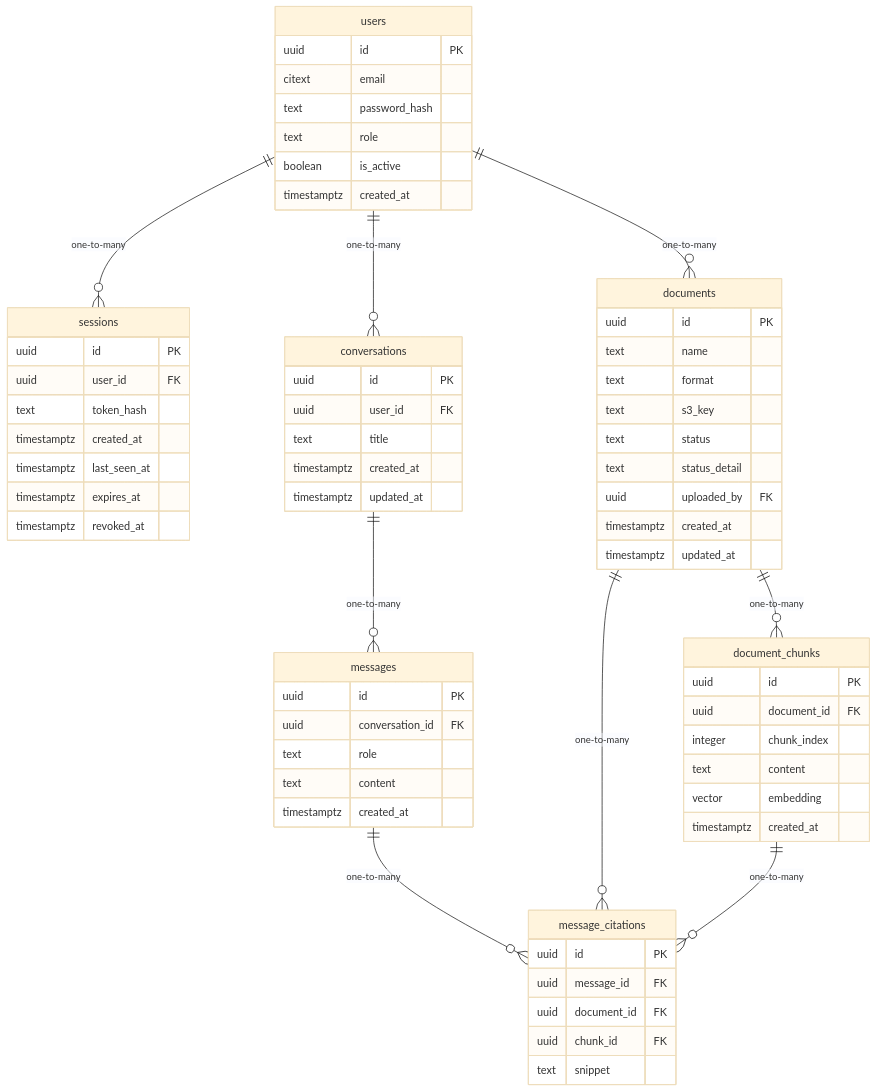
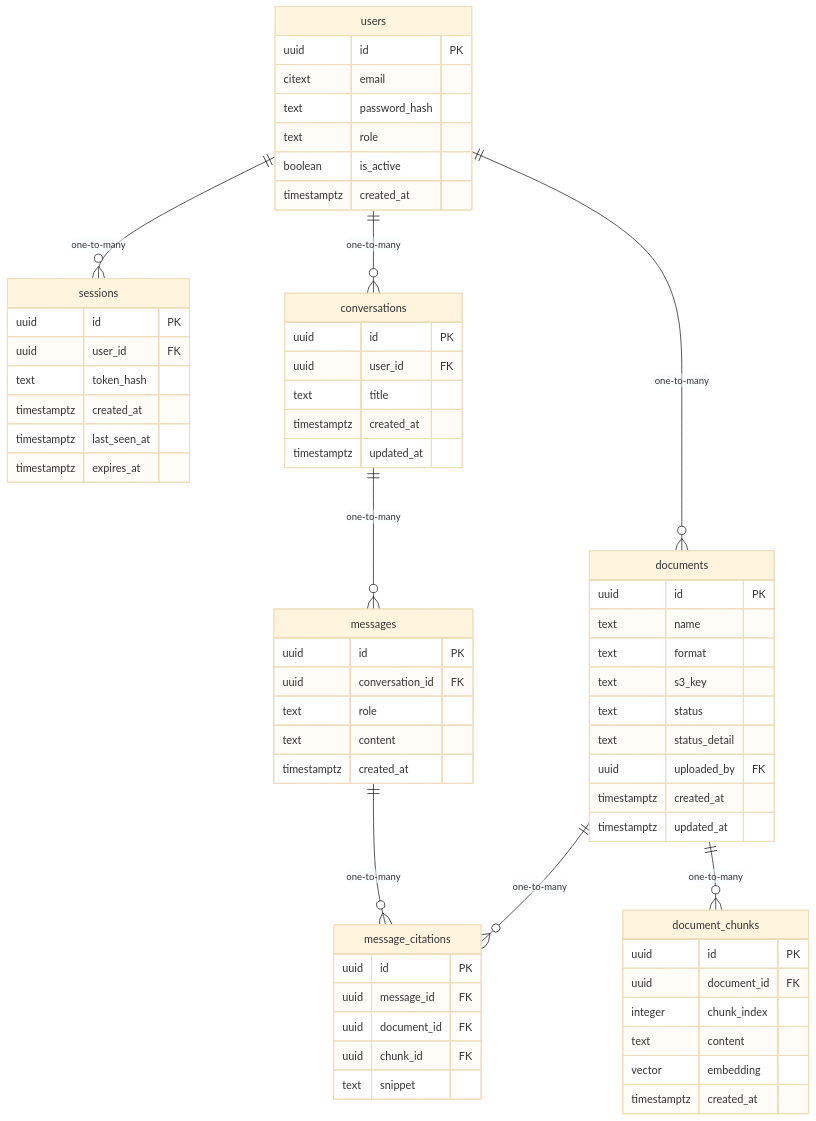
The diagram in docs/sdlc/architecture/data-model.md (saitejaquorq/blogger), drawn with Mermaid (base theme) before and after one commit. The commit also changed other lines of this file and 15 other files, not shown here.

````diff
--- a/docs/sdlc/architecture/data-model.md
+++ b/docs/sdlc/architecture/data-model.md
@@ -97,68 +95,66 @@
 ```mermaid
 erDiagram
   users {
     uuid id PK
     citext email
     text password_hash
     text role
     boolean is_active
     timestamptz created_at
   }
   sessions {
     uuid id PK
     uuid user_id FK
     text token_hash
     timestamptz created_at
     timestamptz last_seen_at
     timestamptz expires_at
-    timestamptz revoked_at
   }
   documents {
     uuid id PK
     text name
     text format
     text s3_key
     text status
     text status_detail
     uuid uploaded_by FK
     timestamptz created_at
     timestamptz updated_at
   }
   document_chunks {
     uuid id PK
     uuid document_id FK
     integer chunk_index
     text content
     vector embedding
     timestamptz created_at
   }
   conversations {
     uuid id PK
     uuid user_id FK
     text title
     timestamptz created_at
     timestamptz updated_at
   }
   messages {
     uuid id PK
     uuid conversation_id FK
     text role
     text content
     timestamptz created_at
   }
   message_citations {
     uuid id PK
     uuid message_id FK
     uuid document_id FK
     uuid chunk_id FK
     text snippet
   }
   users ||--o{ sessions : "one-to-many"
   users ||--o{ conversations : "one-to-many"
   users ||--o{ documents : "one-to-many"
+  conversations ||--o{ messages : "one-to-many"
   documents ||--o{ document_chunks : "one-to-many"
-  conversations ||--o{ messages : "one-to-many"
   messages ||--o{ message_citations : "one-to-many"
   documents ||--o{ message_citations : "one-to-many"
-  document_chunks ||--o{ message_citations : "one-to-many"
 ```
````
